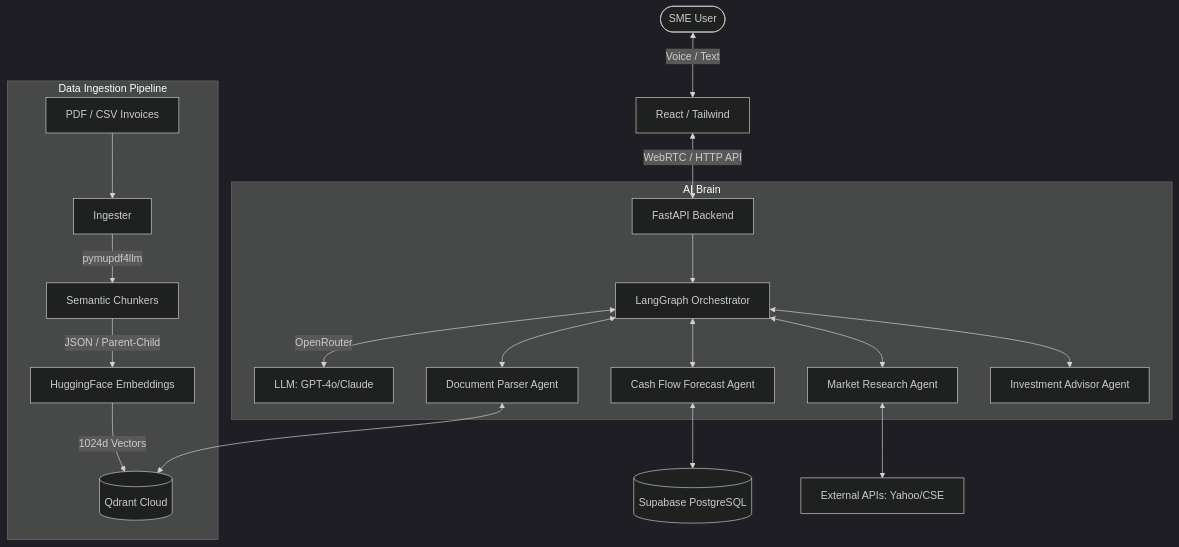
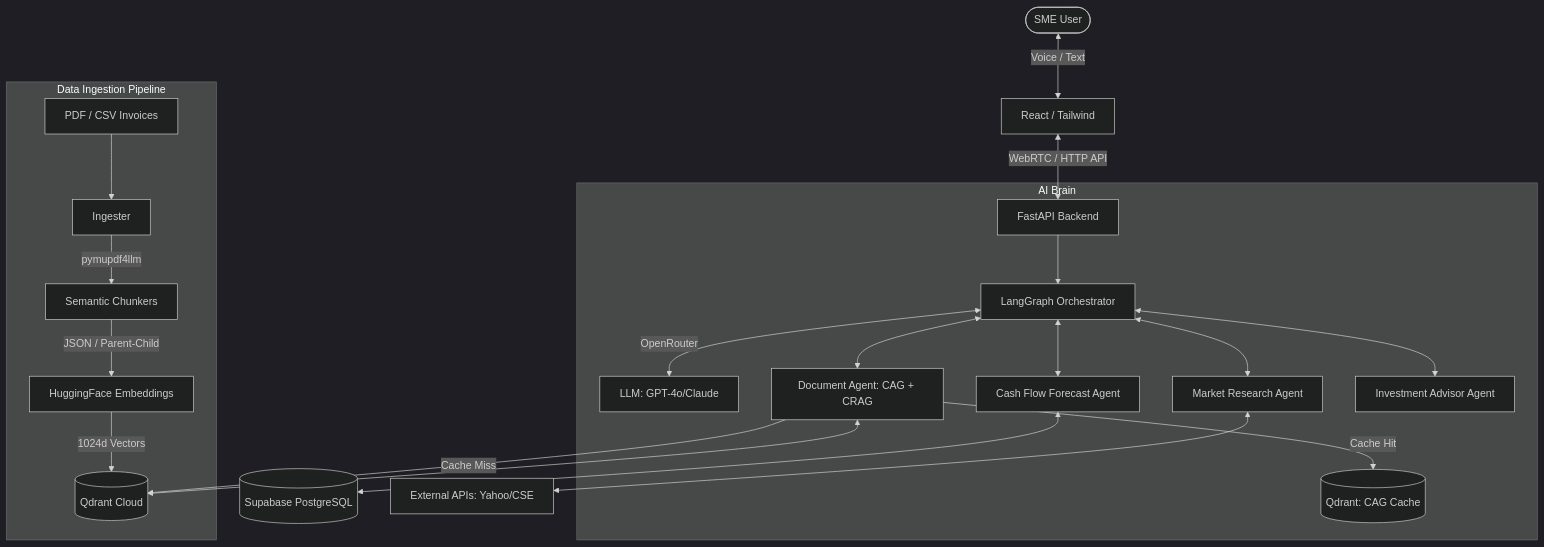
Before and after one commit to dinod001/FinVox: the diagram in README.md, drawn with Mermaid (dark theme). The commit also changed other lines of this file and 8 other files, not shown here.

Commit message:
feat: implement Cache-Augmented Generation (CAG) and Corrective RAG (CRAG) services for improved query latency and retrieval accuracy

````diff
--- a/README.md
+++ b/README.md
@@ -21,26 +23,29 @@
 ```mermaid
 graph TD
     User([SME User]) <--> |Voice / Text| Frontend[React / Tailwind]
     Frontend <--> |WebRTC / HTTP API| Backend[FastAPI Backend]
     
     subgraph Data Ingestion Pipeline
         RawFiles[PDF / CSV Invoices] --> Ingester[Ingester]
         Ingester --> |pymupdf4llm| Chunker[Semantic Chunkers]
         Chunker --> |JSON / Parent-Child| Embedder[HuggingFace Embeddings]
         Embedder --> |1024d Vectors| Qdrant[(Qdrant Cloud)]
     end
     
     subgraph AI Brain
         Backend --> Orchestrator[LangGraph Orchestrator]
         Orchestrator <--> |OpenRouter| LLM[LLM: GPT-4o/Claude]
         
-        Orchestrator <--> Agent1[Document Parser Agent]
+        Orchestrator <--> Agent1[Document Agent: CAG + CRAG]
         Orchestrator <--> Agent2[Cash Flow Forecast Agent]
         Orchestrator <--> Agent3[Market Research Agent]
         Orchestrator <--> Agent4[Investment Advisor Agent]
+        
+        Agent1 --> |Cache Hit| CAGCache[(Qdrant: CAG Cache)]
+        Agent1 --> |Cache Miss| Qdrant
     end
     
     Agent1 <--> Qdrant
     Agent2 <--> Supabase[(Supabase PostgreSQL)]
     Agent3 <--> ExternalAPIs[External APIs: Yahoo/CSE]
 ```
````
